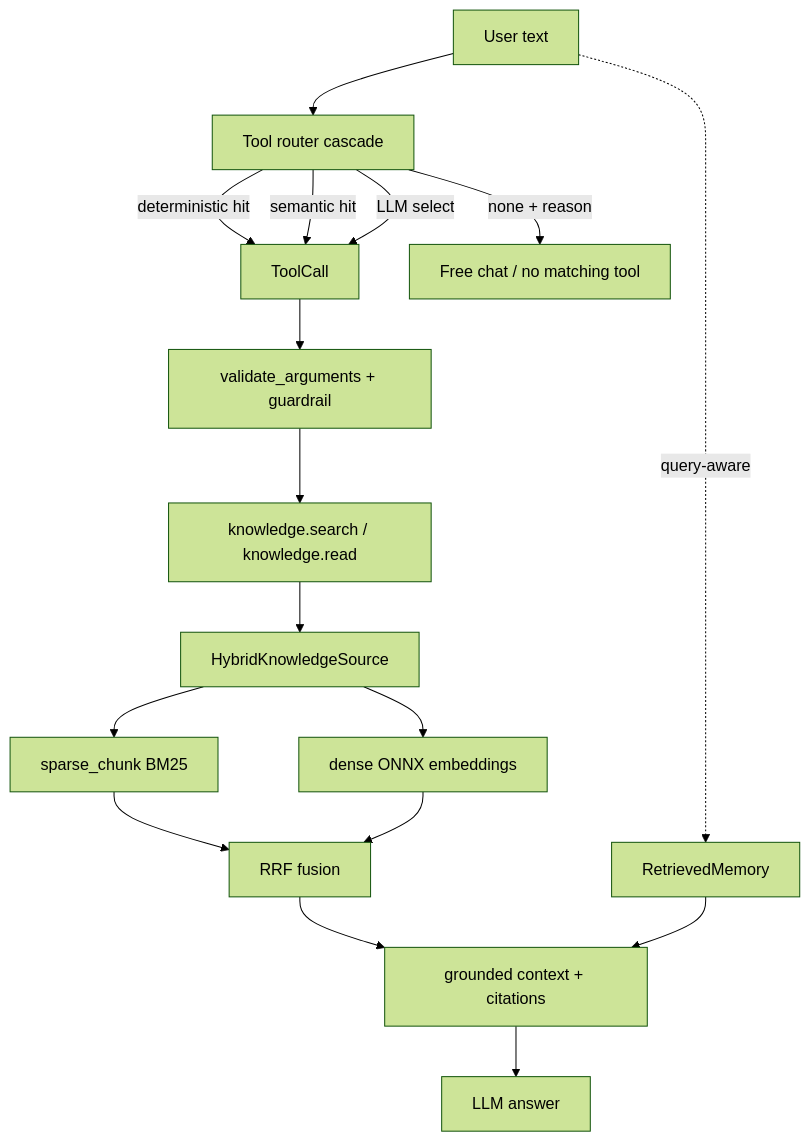
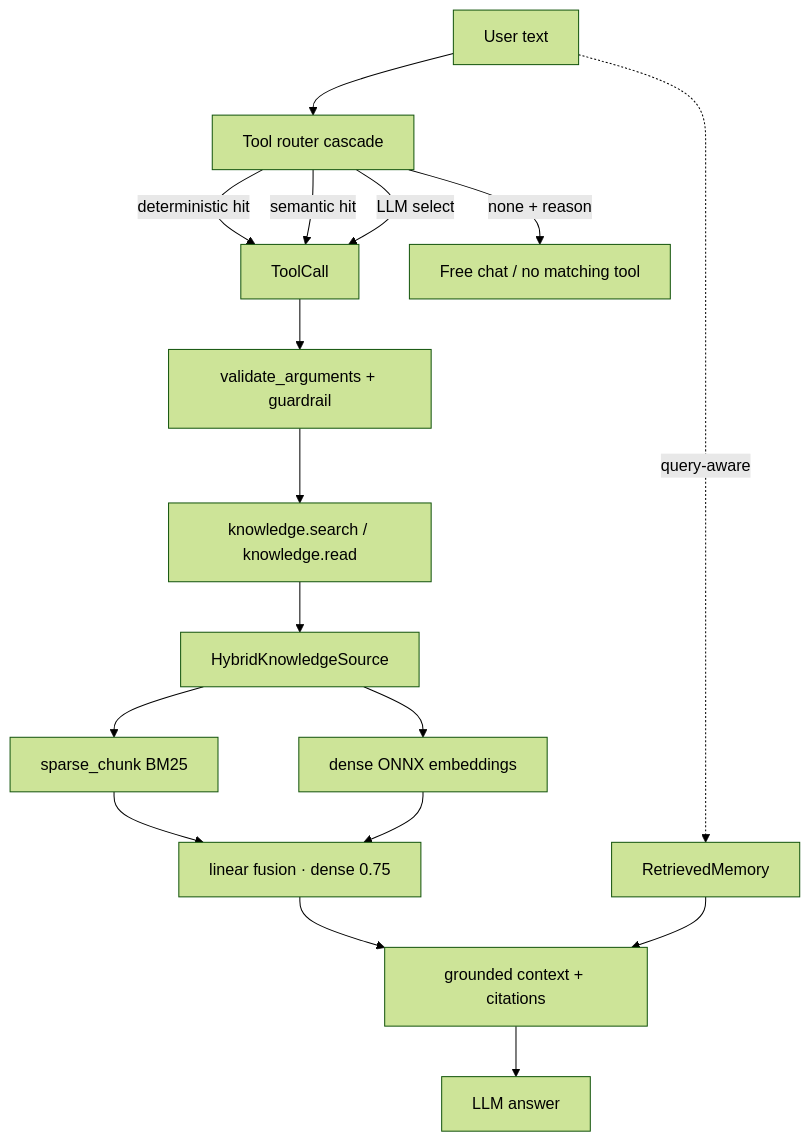
The first of 2 diagrams in docs/09-hybrid-rag-memory.md (finalflash159/soca), drawn with Mermaid (forest theme) before and after one commit. The commit also changed other lines of this file and 187 other files, not shown here.

````diff
--- a/docs/09-hybrid-rag-memory.md
+++ b/docs/09-hybrid-rag-memory.md
@@ -20,19 +20,19 @@
 ```mermaid
 flowchart TD
     Q[User text] --> R[Tool router cascade]
     R -->|deterministic hit| TC[ToolCall]
     R -->|semantic hit| TC
     R -->|LLM select| TC
     R -->|none + reason| CHAT[Free chat / no matching tool]
     TC --> VAL[validate_arguments + guardrail]
     VAL --> KS[knowledge.search / knowledge.read]
     KS --> HS[HybridKnowledgeSource]
     HS --> SP[sparse_chunk BM25]
     HS --> DE[dense ONNX embeddings]
-    SP --> RRF[RRF fusion]
-    DE --> RRF
-    RRF --> CTX[grounded context + citations]
+    SP --> F[linear fusion · dense 0.75]
+    DE --> F
+    F --> CTX[grounded context + citations]
     Q -.query-aware.-> MEM[RetrievedMemory]
     MEM --> CTX
     CTX --> LLM[LLM answer]
 ```
````
